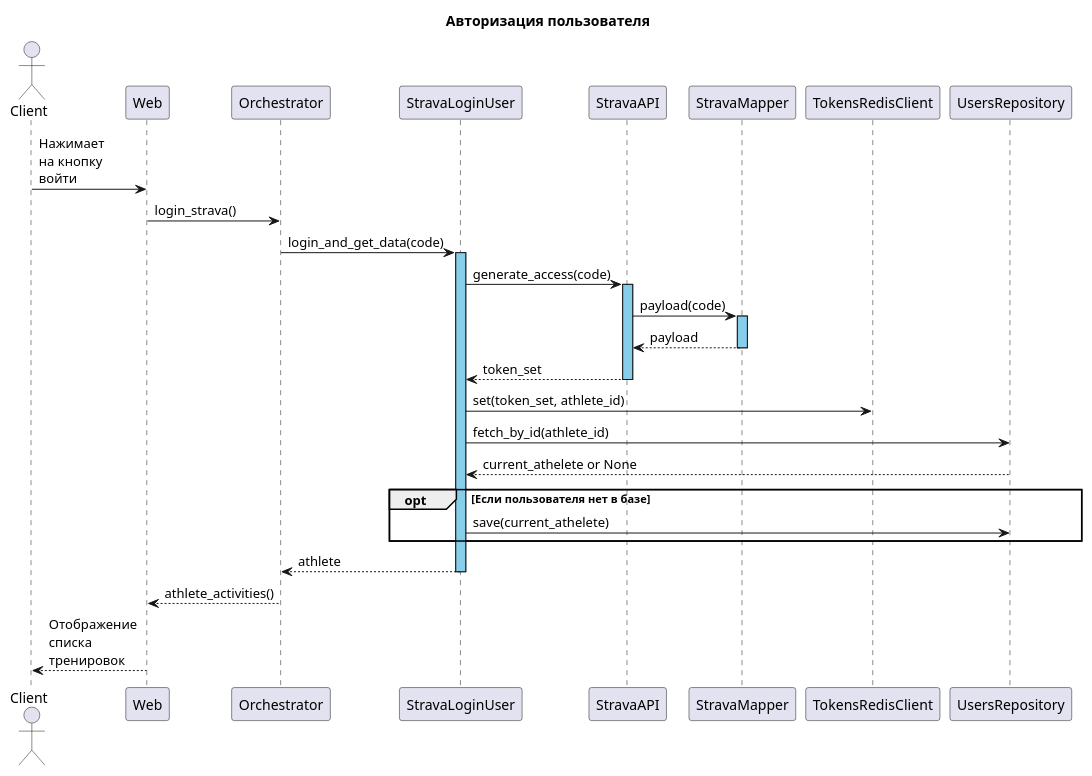
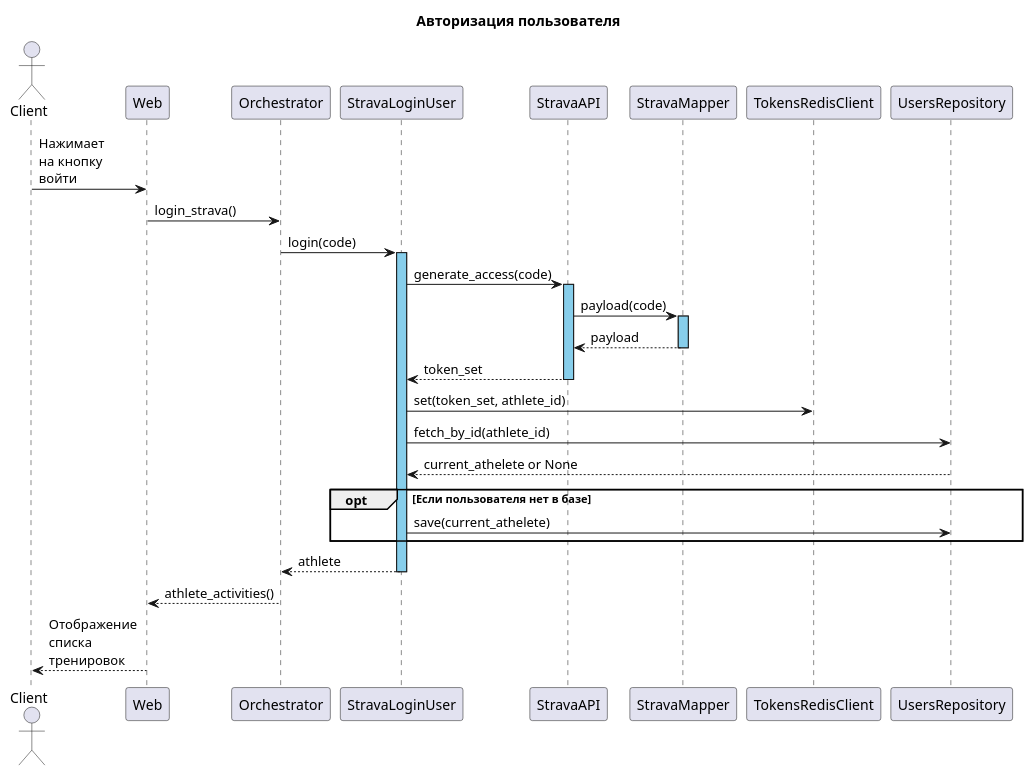
Before and after one commit to VadimBarinov/strava-activity-ui: the diagram in diagrams/sequence_login.puml, drawn with PlantUML.

```diff
--- a/diagrams/sequence_login.puml
+++ b/diagrams/sequence_login.puml
@@ -1,35 +1,35 @@
 @startuml
 
 title Авторизация пользователя
 
 actor Client
 participant Web
 participant Orchestrator
 participant StravaLoginUser
 participant StravaAPI
 participant StravaMapper
 participant TokensRedisClient
 participant UsersRepository
 
 Client -> Web : Нажимает \nна кнопку \nвойти
 Web -> Orchestrator : login_strava()
 
-Orchestrator -> StravaLoginUser ++ #SkyBlue : login_and_get_data(code)
+Orchestrator -> StravaLoginUser ++ #SkyBlue : login(code)
 StravaLoginUser -> StravaAPI ++ #SkyBlue : generate_access(code)
 StravaAPI -> StravaMapper ++ #SkyBlue : payload(code)
 StravaAPI <-- StravaMapper -- : payload
 StravaLoginUser <-- StravaAPI -- : token_set
 
 StravaLoginUser -> TokensRedisClient : set(token_set, athlete_id)
 StravaLoginUser -> UsersRepository : fetch_by_id(athlete_id)
 StravaLoginUser <-- UsersRepository : current_athelete or None
 
 opt Если пользователя нет в базе
     StravaLoginUser -> UsersRepository : save(current_athelete)
 end
 
 Orchestrator <-- StravaLoginUser -- : athlete 
 Web <-- Orchestrator : athlete_activities()
 Client <-- Web : Отображение \nсписка \nтренировок
 
 @enduml
```
